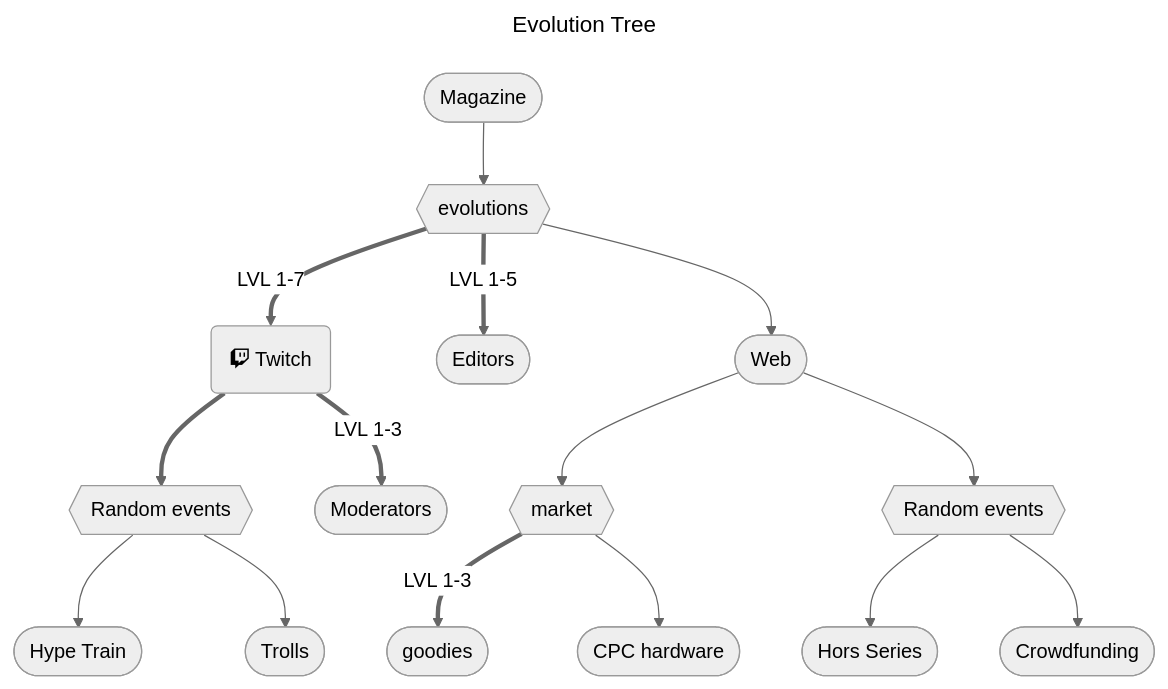
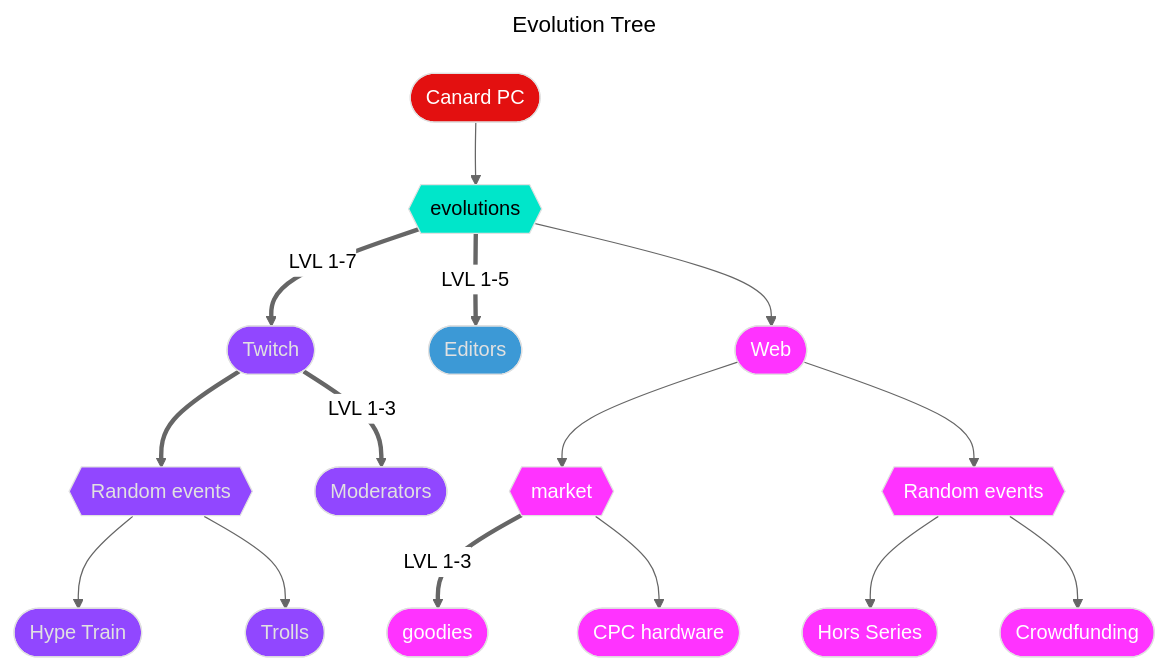
One commit to Julien-laville/lille changed the diagram in truc.md. Above: the diagram before and after it, drawn with Mermaid (neutral theme).

Commit message:
Add smthg

````diff
--- a/truc.md
+++ b/truc.md
@@ -4,21 +4,37 @@
 ```mermaid
 ---
 title: Evolution Tree
 ---
   flowchart TD
-      start([Magazine]) --> evol{{evolutions}}
-      evol == LVL 1-7 ==> twitch(fab:fa-twitch Twitch)
+      start([Canard PC]) --> evol{{evolutions}}
+      evol == LVL 1-7 ==> twitch([Twitch])
       evol  == LVL 1-5 ==>  editors([Editors])
       evol --> web([Web])
       web --> shop{{market}}
       web --> eventsWeb{{Random events}}
       eventsWeb{{Random events}} --> hs([Hors Series])
       eventsWeb{{Random events}} --> crowdfunding([Crowdfunding])
       shop  == LVL 1-3 ==> goodies([goodies])
       shop --> hardware([CPC hardware])
       twitch ==>  eventsTwitch{{Random events}}
       twitch == LVL 1-3 ==>   modos([Moderators])
       eventsTwitch{{Random events}} --> hype([Hype Train])
       eventsTwitch{{Random events}} --> trolls([Trolls])
 
+      style start fill:#e31010,stroke:#e1e1e1,stroke-width:1px,color:#fff
+      style twitch fill:#9147ff,stroke:#e1e1e1,stroke-width:1px,color:#e1e1e1
+      style eventsTwitch fill:#9147ff,stroke:#e1e1e1,stroke-width:1px,color:#e1e1e1
+      style modos fill:#9147ff,stroke:#e1e1e1,stroke-width:1px,color:#e1e1e1
+      style hype fill:#9147ff,stroke:#e1e1e1,stroke-width:1px,color:#e1e1e1
+      style trolls fill:#9147ff,stroke:#e1e1e1,stroke-width:1px,color:#e1e1e1
+      style editors fill:#3C99D6,stroke:#e1e1e1,stroke-width:1px,color:#e1e1e1
+      style evol fill:#00E6CA,stroke:#e1e1e1,stroke-width:1px,color:#000
+      style web fill:#FF33FF,stroke:#e1e1e1,stroke-width:1px,color:#fff
+      style eventsWeb fill:#FF33FF,stroke:#e1e1e1,stroke-width:1px,color:#fff
+      style hardware fill:#FF33FF,stroke:#e1e1e1,stroke-width:1px,color:#fff
+      style shop fill:#FF33FF,stroke:#e1e1e1,stroke-width:1px,color:#fff
+      style hs fill:#FF33FF,stroke:#e1e1e1,stroke-width:1px,color:#fff
+      style crowdfunding fill:#FF33FF,stroke:#e1e1e1,stroke-width:1px,color:#fff
+      style goodies fill:#FF33FF,stroke:#e1e1e1,stroke-width:1px,color:#fff
+
 ```
````
